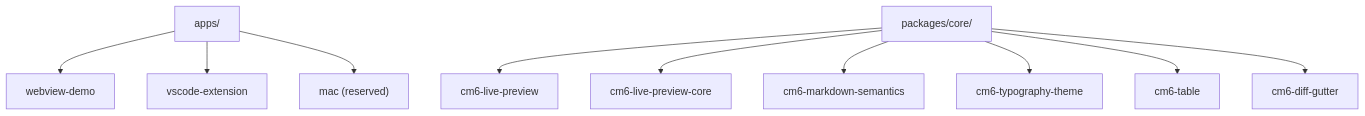
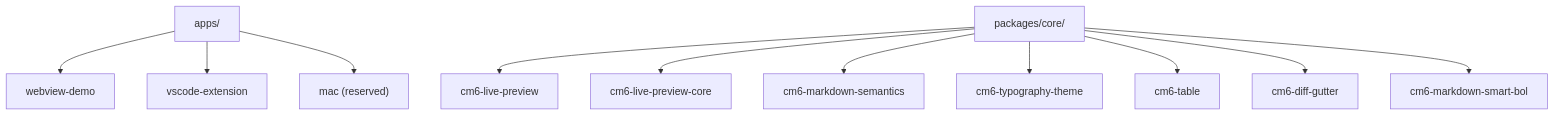
One commit to yuya296/MarkBloom changed the first of 3 diagrams in docs/architecture/overview.md. Above: the diagram before and after it, drawn with Mermaid. The commit also changed other lines of this file and 13 other files, not shown here.

Commit message:
feat: markdown smart bolをcore pluginとして追加

````diff
--- a/docs/architecture/overview.md
+++ b/docs/architecture/overview.md
@@ -18,13 +19,14 @@
 ```mermaid
 graph TD
   apps["apps/"] --> webviewDemo["webview-demo"]
   apps --> vscodeExtension["vscode-extension"]
   apps --> macReserved["mac (reserved)"]
 
   core["packages/core/"] --> livePreview["cm6-live-preview"]
   core --> livePreviewCore["cm6-live-preview-core"]
   core --> markdownSemantics["cm6-markdown-semantics"]
   core --> typographyTheme["cm6-typography-theme"]
   core --> cm6Table["cm6-table"]
   core --> cm6DiffGutter["cm6-diff-gutter"]
+  core --> cm6MarkdownSmartBol["cm6-markdown-smart-bol"]
 ```
````
